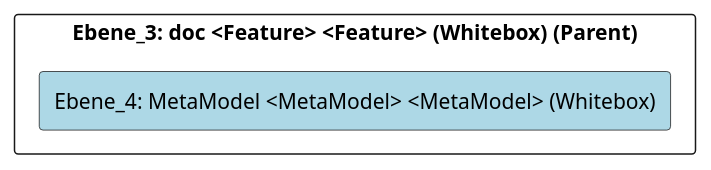
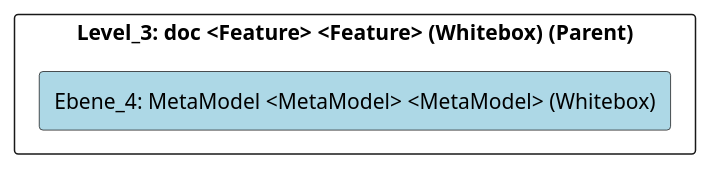
The diagram in doc/cleonproject_deliverables_architecture_model_architecture/adoc/de/05_bausteinsicht/cleon/common/doc/metamodel/ebene_4_metamodel.adoc (marcozwyssig/cleon), drawn with PlantUML before and after one commit. The commit also changed other lines of this file and 169 other files, not shown here.

```diff
--- a/doc/cleonproject_deliverables_architecture_model_architecture/adoc/de/05_bausteinsicht/cleon/common/doc/metamodel/ebene_4_metamodel.adoc
+++ b/doc/cleonproject_deliverables_architecture_model_architecture/adoc/de/05_bausteinsicht/cleon/common/doc/metamodel/ebene_4_metamodel.adoc
@@ -20,24 +20,24 @@
 [plantuml, Ebene_4: MetaModel <MetaModel> <MetaModel> (Whitebox)BlockOverview, format="svg"]
 ----
 @startuml Ebene_4: MetaModel <MetaModel> <MetaModel> (Whitebox)BuildingBlockOverview
 
 skinparam ranksep 10
 skinparam componentStyle rectangle
 skinparam shadowing false
 skinparam arrowColor lightblue
 skinparam arrowThickness 1.2
 skinparam rectangle {
   BackgroundColor White
   BorderColor #333
   RoundCorner 10
 }
 top to bottom direction
 
-component "Ebene_3: doc <Feature> <Feature> (Whitebox) (Parent)" {
+component "Level_3: doc <Feature> <Feature> (Whitebox) (Parent)" {
     component "Ebene_4: MetaModel <MetaModel> <MetaModel> (Whitebox)" #lightblue {
     }
 
 }
 
 @enduml
 ----
```
